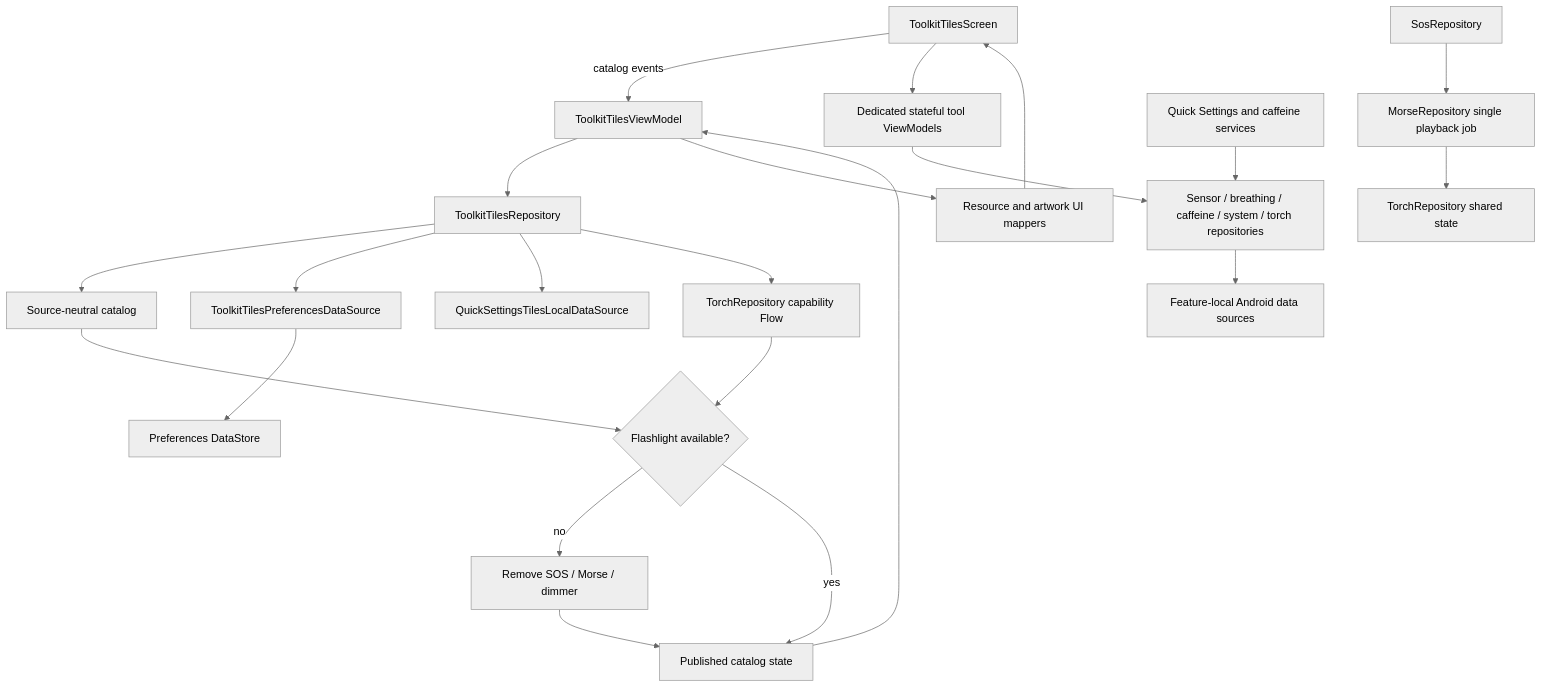
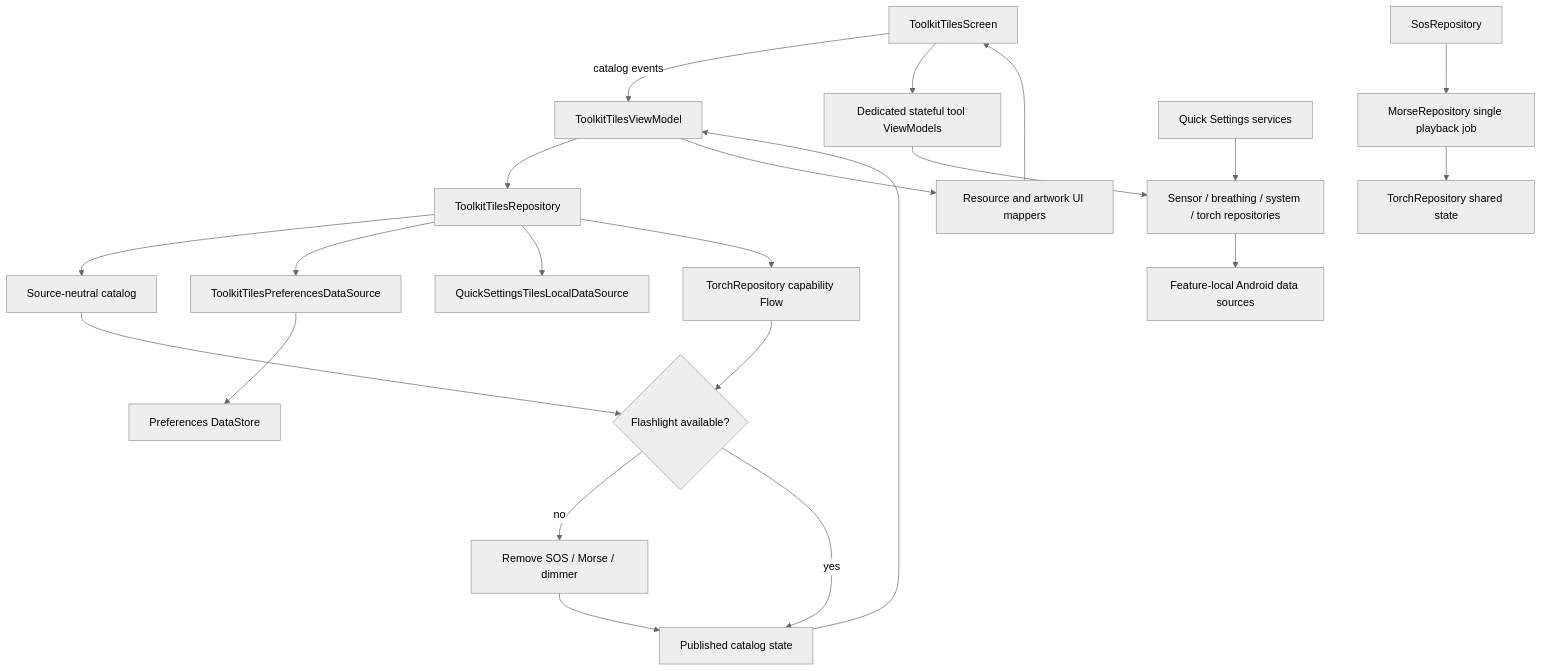
Before and after one commit to MihaiCristianCondrea/App-Toolkit-for-Android: the diagram in sample/feature/tiles/README.md, drawn with Mermaid (neutral theme). The commit also changed other lines of this file and 51 other files, not shown here.

````diff
--- a/sample/feature/tiles/README.md
+++ b/sample/feature/tiles/README.md
@@ -40,24 +40,24 @@
 ```mermaid
 flowchart TD
     Screen[ToolkitTilesScreen] -->|catalog events| VM[ToolkitTilesViewModel]
     VM --> Tiles[ToolkitTilesRepository]
     Tiles --> Catalogue[Source-neutral catalog]
     Tiles --> Preferences[ToolkitTilesPreferencesDataSource]
     Preferences --> Store[Preferences DataStore]
     Tiles --> QS[QuickSettingsTilesLocalDataSource]
     Tiles --> TorchCapability[TorchRepository capability Flow]
     TorchCapability --> Filter{Flashlight available?}
     Catalogue --> Filter
     Filter -->|no| Remove[Remove SOS / Morse / dimmer]
     Filter -->|yes| Published[Published catalog state]
     Remove --> Published
     Published --> VM
     VM --> UiMap[Resource and artwork UI mappers]
     UiMap --> Screen
     Screen --> ToolVMs[Dedicated stateful tool ViewModels]
-    ToolVMs --> Repositories[Sensor / breathing / caffeine / system / torch repositories]
+    ToolVMs --> Repositories[Sensor / breathing / system / torch repositories]
     Repositories --> Sources[Feature-local Android data sources]
     Sos[SosRepository] --> Morse[MorseRepository single playback job]
     Morse --> Torch[TorchRepository shared state]
-    Services[Quick Settings and caffeine services] --> Repositories
+    Services[Quick Settings services] --> Repositories
 ```
````
